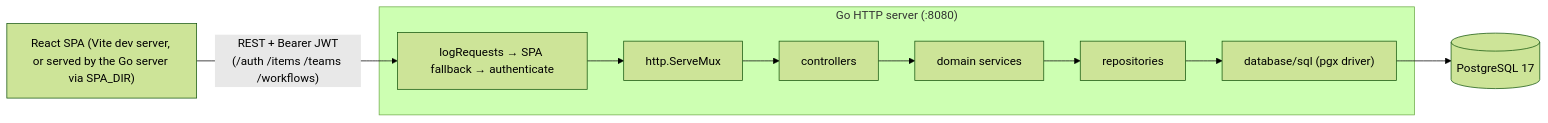
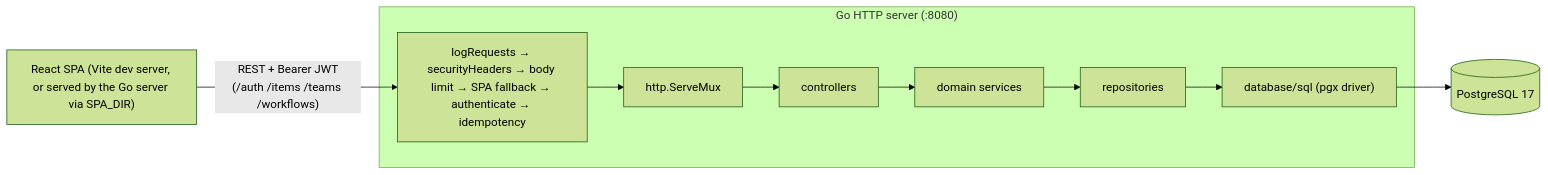
Before and after one commit to krakos-afk/ScaleOfCoherence: the first of 4 diagrams in DEPENDENCY_MAP.md, drawn with Mermaid (forest theme). The commit also changed other lines of this file and 16 other files, not shown here.

````diff
--- a/DEPENDENCY_MAP.md
+++ b/DEPENDENCY_MAP.md
@@ -14,9 +14,9 @@
 ```mermaid
 flowchart LR
     UI["React SPA (Vite dev server, or served by the Go server via SPA_DIR)"]
     subgraph server["Go HTTP server (:8080)"]
-        MW["logRequests → SPA fallback → authenticate"] --> MUX["http.ServeMux"] --> CTRL["controllers"] --> SVC["domain services"] --> REPO["repositories"] --> DB["database/sql (pgx driver)"]
+        MW["logRequests → securityHeaders → body limit → SPA fallback → authenticate → idempotency"] --> MUX["http.ServeMux"] --> CTRL["controllers"] --> SVC["domain services"] --> REPO["repositories"] --> DB["database/sql (pgx driver)"]
     end
     UI -->|"REST + Bearer JWT\n(/auth /items /teams /workflows)"| MW
     DB --> PG[("PostgreSQL 17")]
 ```
````
